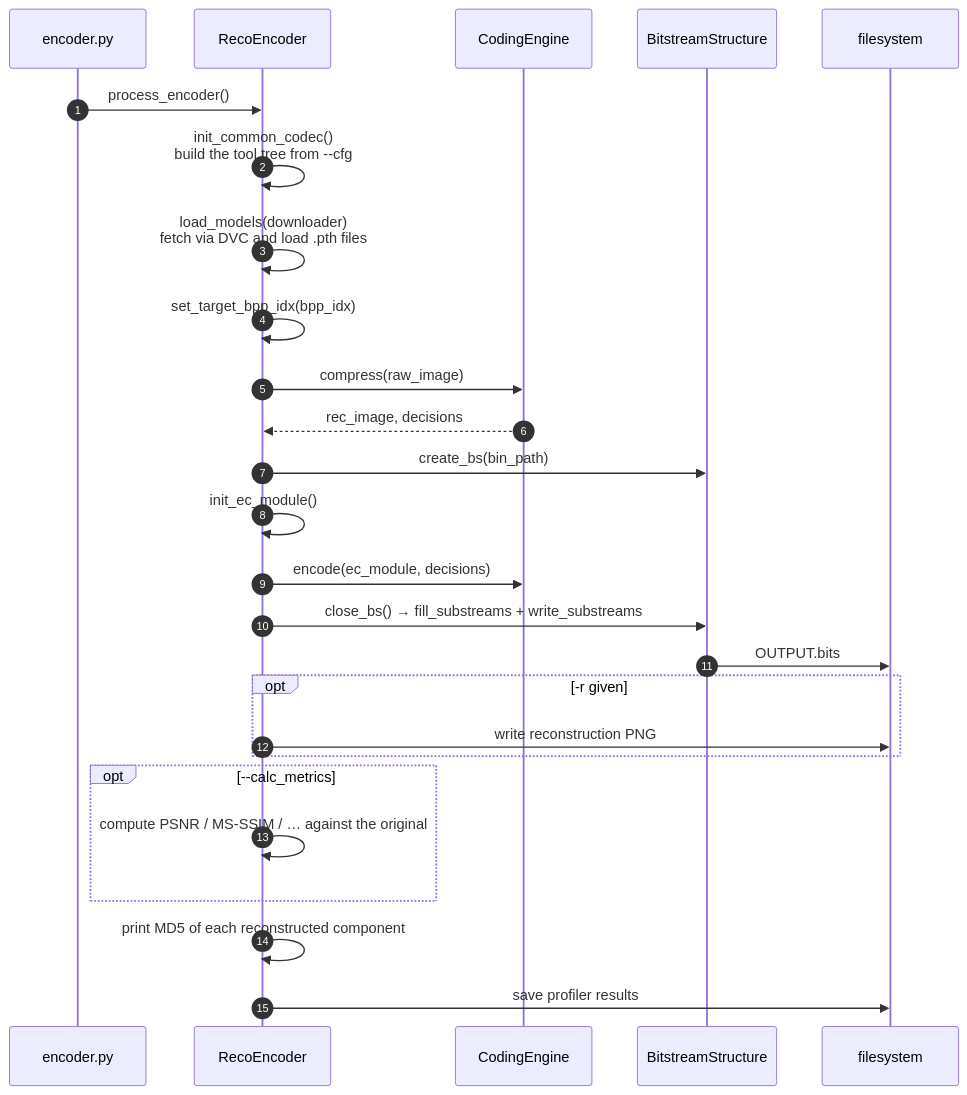
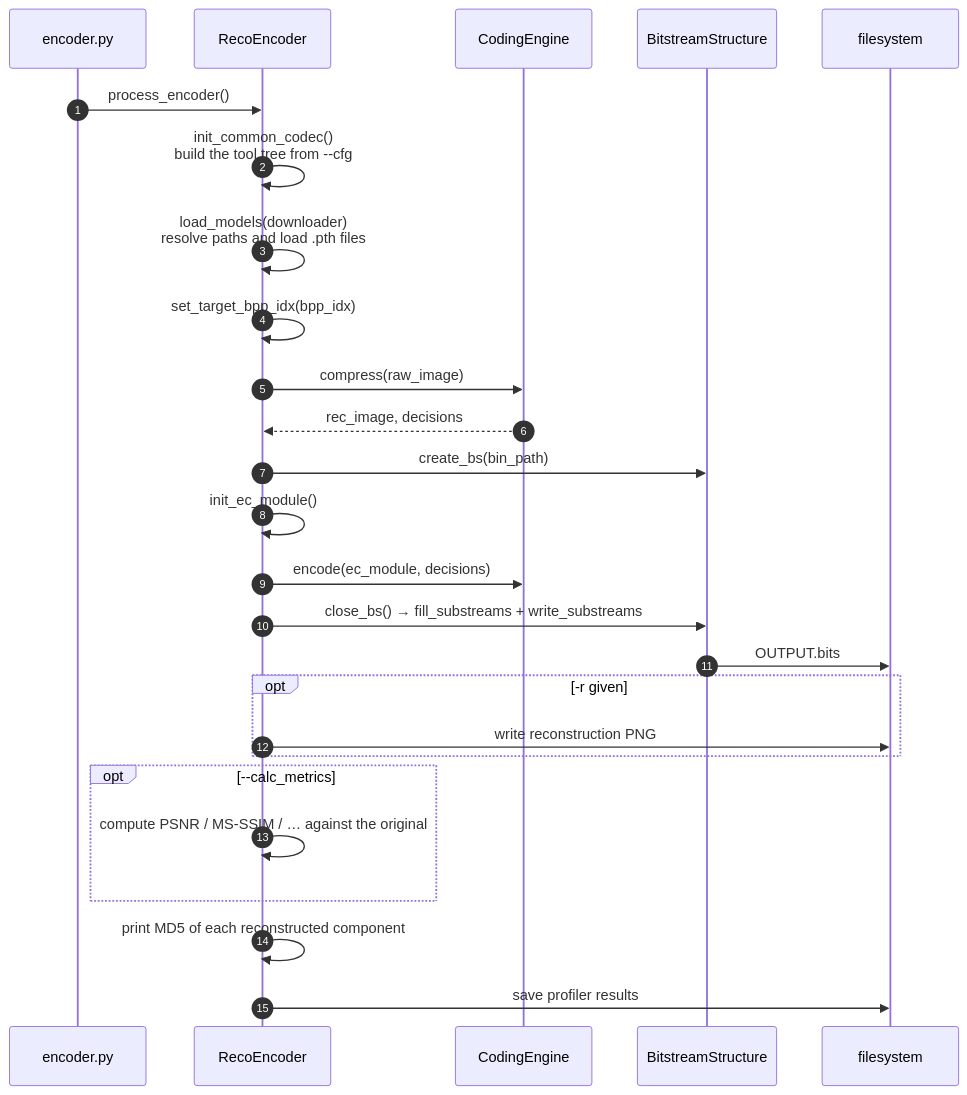
Before and after one commit to akarabutov/jpeg-ai-reference-software: the second of 7 diagrams in docs/architecture/04-encoding-pipeline.md, drawn with Mermaid. The commit also changed 7 other files, not shown here.

````diff
--- a/docs/architecture/04-encoding-pipeline.md
+++ b/docs/architecture/04-encoding-pipeline.md
@@ -33,32 +33,32 @@
 ```mermaid
 sequenceDiagram
     autonumber
     participant CLI as encoder.py
     participant Coder as RecoEncoder
     participant CE as CodingEngine
     participant BS as BitstreamStructure
     participant FS as filesystem
 
     CLI->>Coder: process_encoder()
     Coder->>Coder: init_common_codec()<br/>build the tool tree from --cfg
-    Coder->>Coder: load_models(downloader)<br/>fetch via DVC and load .pth files
+    Coder->>Coder: load_models(downloader)<br/>resolve paths and load .pth files
     Coder->>Coder: set_target_bpp_idx(bpp_idx)
 
     Coder->>CE: compress(raw_image)
     CE-->>Coder: rec_image, decisions
 
     Coder->>BS: create_bs(bin_path)
     Coder->>Coder: init_ec_module()
     Coder->>CE: encode(ec_module, decisions)
     Coder->>BS: close_bs() → fill_substreams + write_substreams
     BS->>FS: OUTPUT.bits
 
     opt -r given
         Coder->>FS: write reconstruction PNG
     end
     opt --calc_metrics
         Coder->>Coder: compute PSNR / MS-SSIM / … against the original
     end
     Coder->>Coder: print MD5 of each reconstructed component
     Coder->>FS: save profiler results
 ```
````
